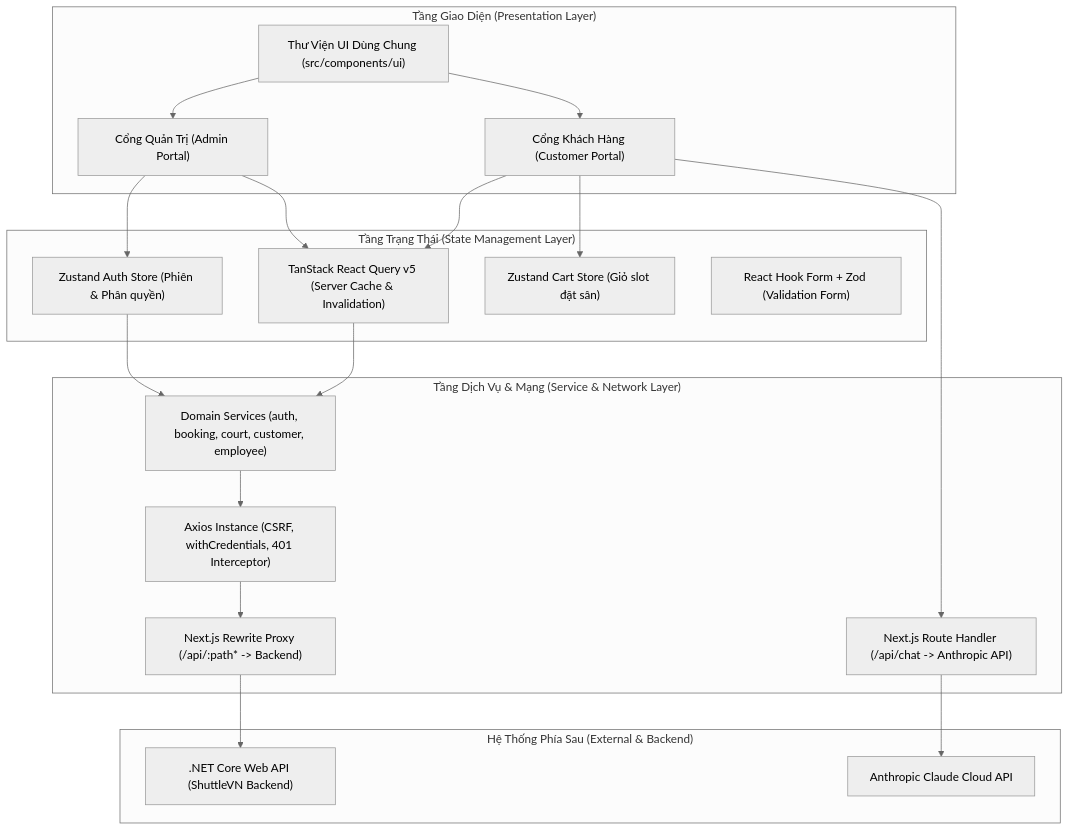
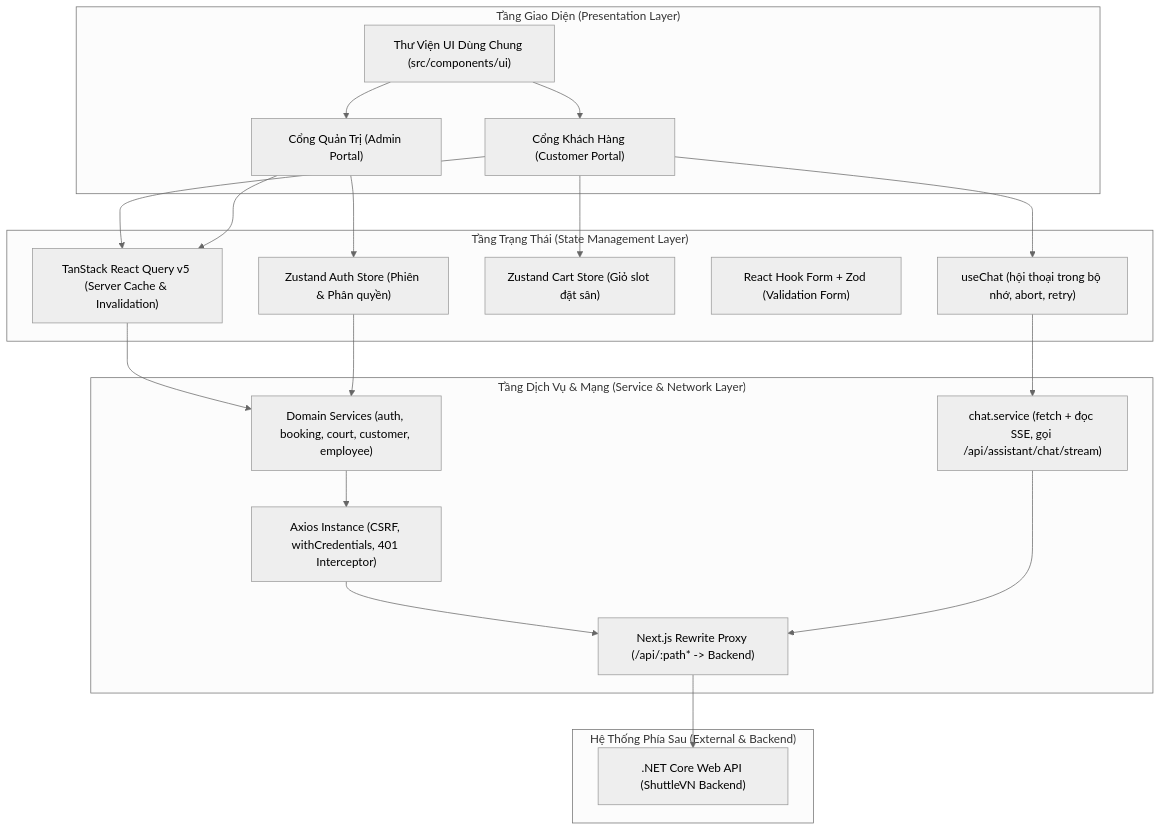
One commit to BOI0808/shuttle-vn-frontend changed the first of 3 diagrams in docs/architecture/Frontend-Architecture.md. Above: the diagram before and after it, drawn with Mermaid (neutral theme). The commit also changed other lines of this file and 5 other files, not shown here.

````diff
--- a/docs/architecture/Frontend-Architecture.md
+++ b/docs/architecture/Frontend-Architecture.md
@@ -47,42 +47,43 @@
 ```mermaid
 flowchart TD
     subgraph UI_Layer ["Tầng Giao Diện (Presentation Layer)"]
         CustomerPortal["Cổng Khách Hàng (Customer Portal)"]
         AdminPortal["Cổng Quản Trị (Admin Portal)"]
         UIComponents["Thư Viện UI Dùng Chung (src/components/ui)"]
     end
 
     subgraph State_Layer ["Tầng Trạng Thái (State Management Layer)"]
         RQ["TanStack React Query v5 (Server Cache & Invalidation)"]
         ZustandAuth["Zustand Auth Store (Phiên & Phân quyền)"]
         ZustandCart["Zustand Cart Store (Giỏ slot đặt sân)"]
         RHF["React Hook Form + Zod (Validation Form)"]
+        ChatHook["useChat (hội thoại trong bộ nhớ, abort, retry)"]
     end
 
     subgraph Service_Layer ["Tầng Dịch Vụ & Mạng (Service & Network Layer)"]
         Services["Domain Services (auth, booking, court, customer, employee)"]
         Axios["Axios Instance (CSRF, withCredentials, 401 Interceptor)"]
         NextProxy["Next.js Rewrite Proxy (/api/:path* -> Backend)"]
-        ClaudeRoute["Next.js Route Handler (/api/chat -> Anthropic API)"]
+        ChatService["chat.service (fetch + đọc SSE, gọi /api/assistant/chat/stream)"]
     end
 
     subgraph Backend_Layer ["Hệ Thống Phía Sau (External & Backend)"]
         DotNetAPI[".NET Core Web API (ShuttleVN Backend)"]
-        AnthropicClaude["Anthropic Claude Cloud API"]
     end
 
     CustomerPortal --> RQ
     CustomerPortal --> ZustandCart
-    CustomerPortal --> ClaudeRoute
+    CustomerPortal --> ChatHook
     AdminPortal --> RQ
     AdminPortal --> ZustandAuth
     UIComponents --> CustomerPortal
     UIComponents --> AdminPortal
 
     RQ --> Services
     ZustandAuth --> Services
     Services --> Axios
     Axios --> NextProxy
     NextProxy --> DotNetAPI
-    ClaudeRoute --> AnthropicClaude
+    ChatHook --> ChatService
+    ChatService --> NextProxy
 ```
````
